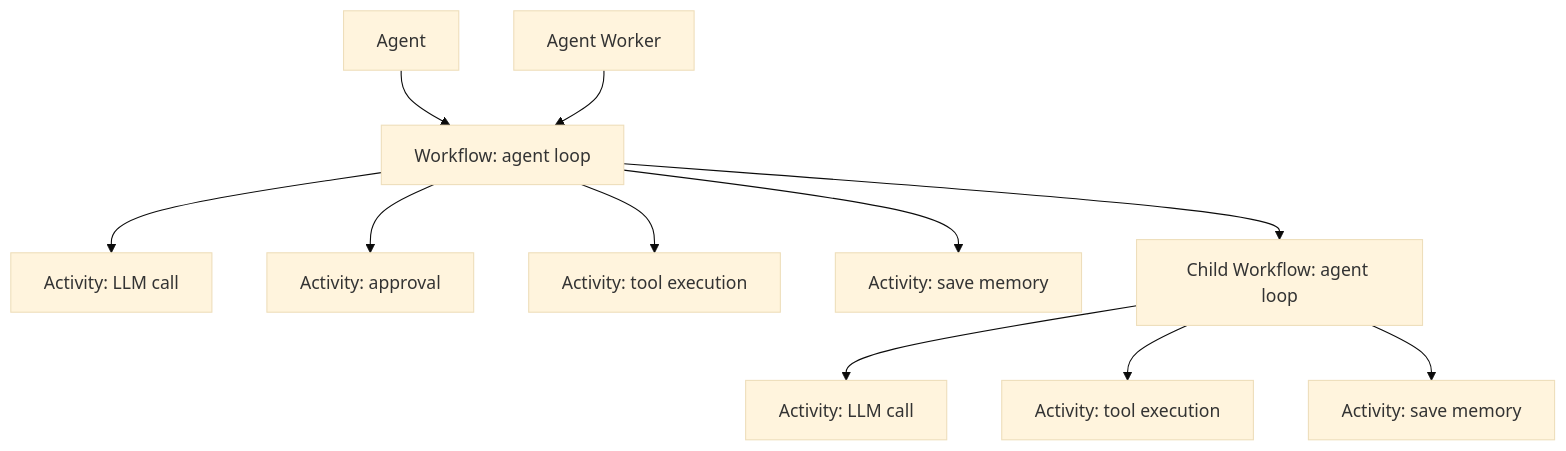
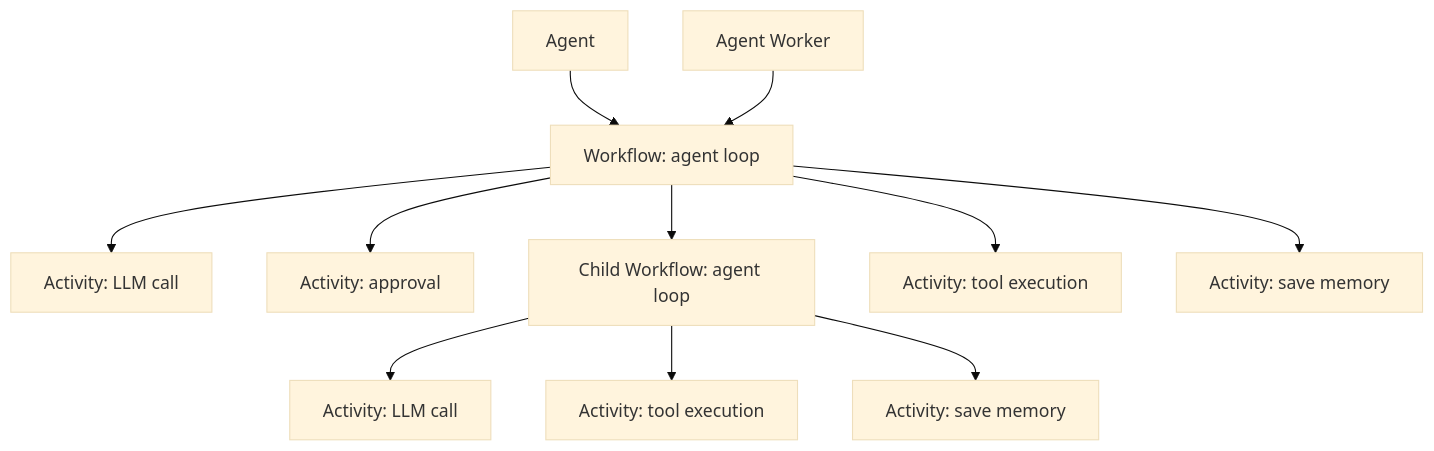
Before and after one commit to virinchiv/agent-sdk-go: the diagram in README.md, drawn with Mermaid (base theme). The commit also changed other lines of this file, not shown here.

````diff
--- a/README.md
+++ b/README.md
@@ -39,13 +39,13 @@
 ```mermaid
 graph TD
     A[Agent] --> WF[Workflow: agent loop]
     W[Agent Worker] --> WF
     WF --> LLM[Activity: LLM call]
     WF --> Appr[Activity: approval]
+    WF --> Child[Child Workflow: agent loop]
     WF --> Tool[Activity: tool execution]
     WF --> Mem[Activity: save memory]
-    WF --> Child[Child Workflow: agent loop]
     Child --> LLM2[Activity: LLM call]
     Child --> Tool2[Activity: tool execution]
     Child --> Mem2[Activity: save memory]
 ```
````
